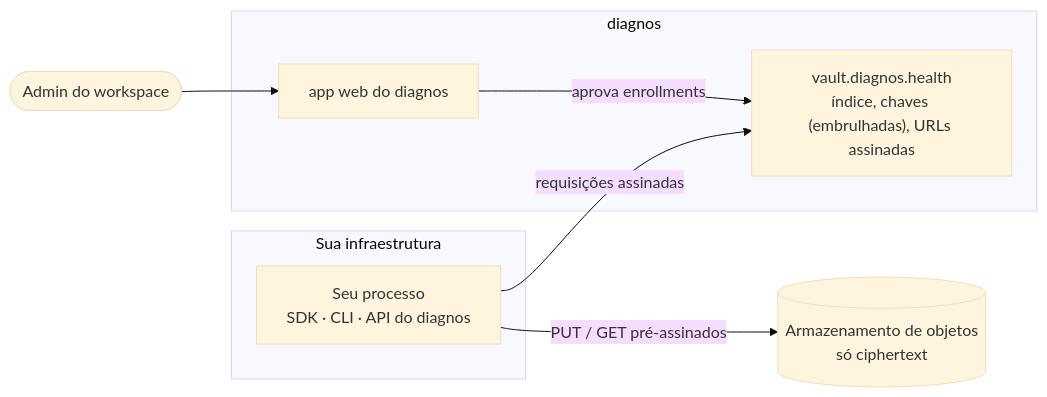
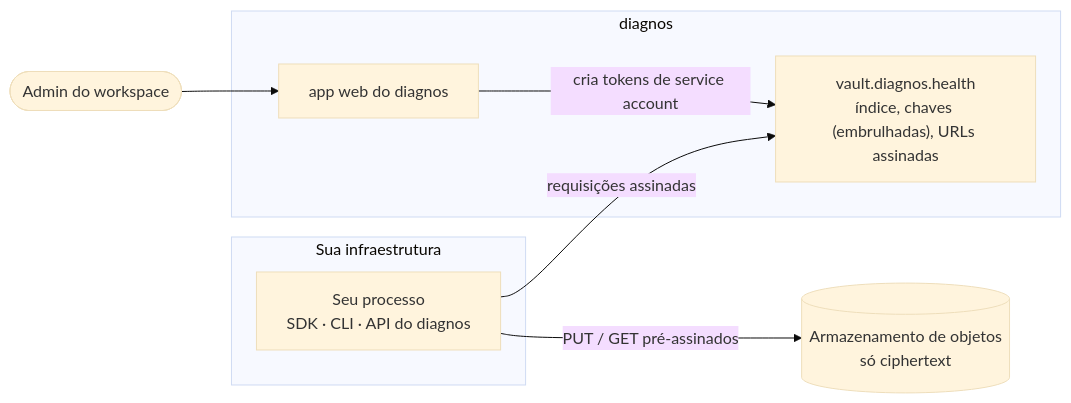
The first of 2 diagrams in docs/guides/concepts.pt-BR.md (diagnos-tech/integration), drawn with Mermaid (base theme) before and after one commit. The commit also changed other lines of this file and 47 other files, not shown here.

````diff
--- a/docs/guides/concepts.pt-BR.md
+++ b/docs/guides/concepts.pt-BR.md
@@ -10,17 +10,17 @@
 ```mermaid
 flowchart LR
     subgraph yours["Sua infraestrutura"]
         P["Seu processo<br/>SDK · CLI · API do diagnos"]
     end
     subgraph diagnos["diagnos"]
         V["vault.diagnos.health<br/>índice, chaves (embrulhadas), URLs assinadas"]
         W["app web do diagnos"]
     end
     R2[("Armazenamento de objetos<br/>só ciphertext")]
     A(["Admin do workspace"])
 
     P -- "requisições assinadas" --> V
     P -- "PUT / GET pré-assinados" --> R2
     A --> W
-    W -- "aprova enrollments" --> V
+    W -- "cria tokens de service account" --> V
 ```
````
